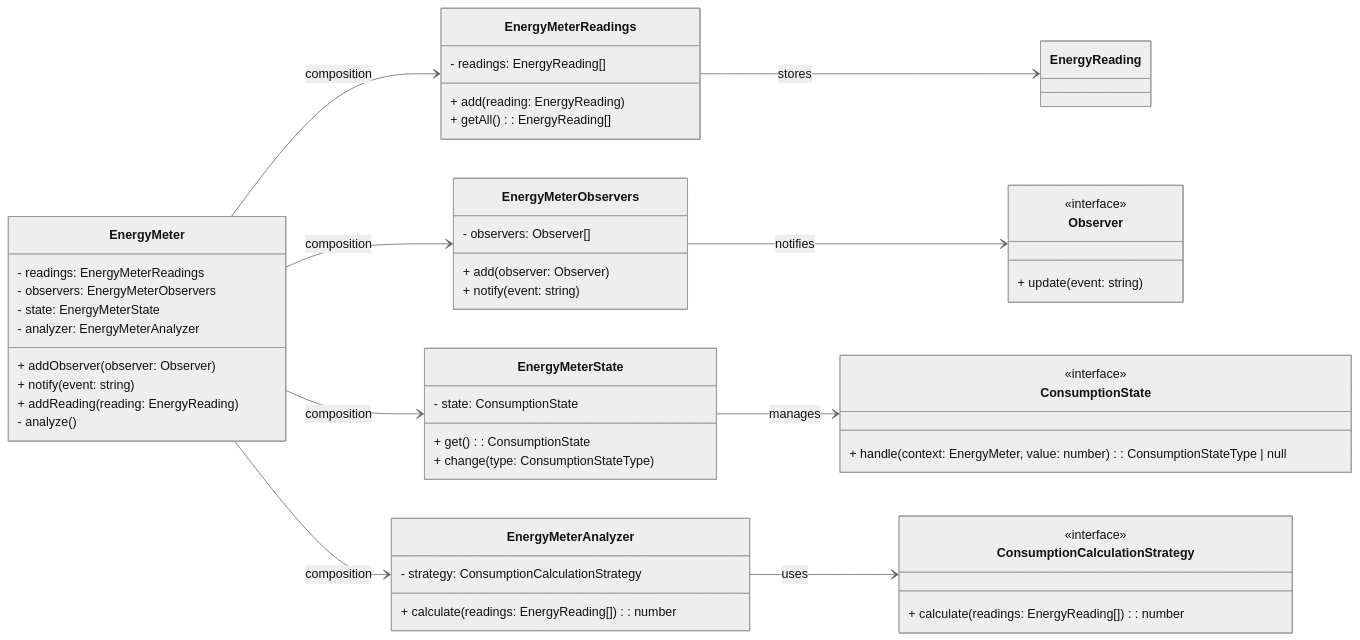
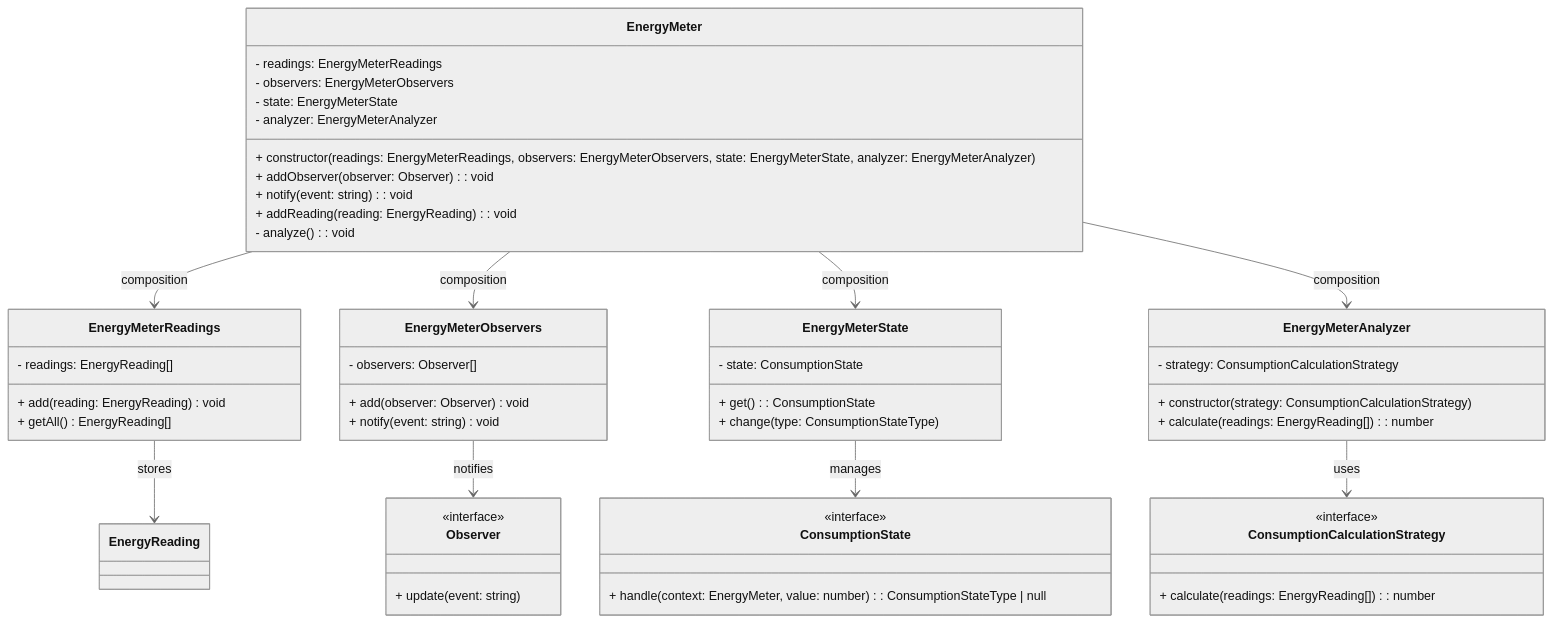
One commit to rubensrabelo/gestao-de-consumo-de-energia changed the eighth of 15 diagrams in docs/report_rubens_rabelo.md. Above: the diagram before and after it, drawn with Mermaid (neutral theme). The commit also changed other lines of this file and 1 other file, not shown here.

````diff
--- a/docs/report_rubens_rabelo.md
+++ b/docs/report_rubens_rabelo.md
@@ -662,66 +672,68 @@
 ```mermaid
 classDiagram
-    direction LR
+    direction TB
 
     class EnergyMeter {
         - readings: EnergyMeterReadings
         - observers: EnergyMeterObservers
         - state: EnergyMeterState
         - analyzer: EnergyMeterAnalyzer
-        + addObserver(observer: Observer)
-        + notify(event: string)
-        + addReading(reading: EnergyReading)
-        - analyze()
+        + constructor( readings: EnergyMeterReadings, observers: EnergyMeterObservers, state: EnergyMeterState, analyzer: EnergyMeterAnalyzer)
+        + addObserver(observer: Observer): void
+        + notify(event: string): void
+        + addReading(reading: EnergyReading): void
+        - analyze(): void
     }
 
     class EnergyMeterAnalyzer {
         - strategy: ConsumptionCalculationStrategy
+        + constructor(strategy: ConsumptionCalculationStrategy)
         + calculate(readings: EnergyReading[]): number
     }
 
     class EnergyMeterReadings {
         - readings: EnergyReading[]
-        + add(reading: EnergyReading)
-        + getAll(): EnergyReading[]
+        + add(reading: EnergyReading) void
+        + getAll() EnergyReading[]
     }
 
     class EnergyMeterObservers {
         - observers: Observer[]
-        + add(observer: Observer)
-        + notify(event: string)
+        + add(observer: Observer) void
+        + notify(event: string) void
     }
 
     class EnergyMeterState {
         - state: ConsumptionState
         + get(): ConsumptionState
         + change(type: ConsumptionStateType)
     }
 
     class EnergyReading
 
     class Observer {
         <<interface>>
         + update(event: string)
     }
 
     class ConsumptionCalculationStrategy {
         <<interface>>
         + calculate(readings: EnergyReading[]): number
     }
 
     class ConsumptionState {
         <<interface>>
         + handle(context: EnergyMeter, value: number): ConsumptionStateType | null
     }
 
     EnergyMeter --> EnergyMeterReadings : composition
     EnergyMeter --> EnergyMeterObservers : composition
     EnergyMeter --> EnergyMeterState : composition
     EnergyMeter --> EnergyMeterAnalyzer : composition
 
     EnergyMeterReadings --> EnergyReading : stores
     EnergyMeterObservers --> Observer : notifies
 
     EnergyMeterAnalyzer --> ConsumptionCalculationStrategy : uses
     EnergyMeterState --> ConsumptionState : manages
 ```
````
